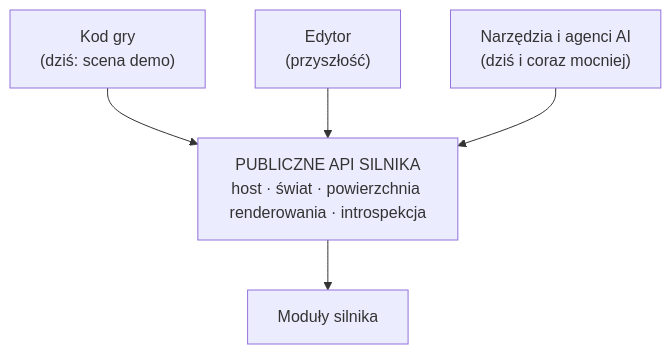
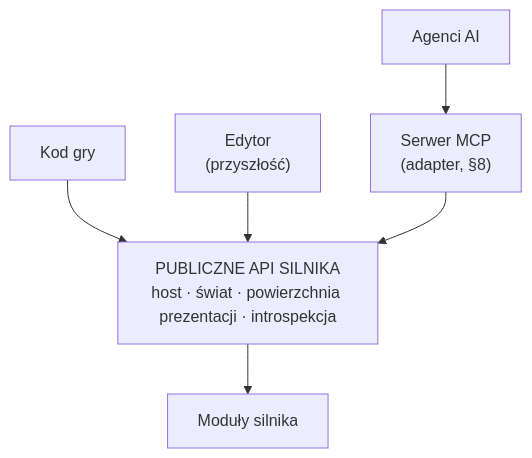
One commit to eXoz00rd/HEngine changed the first of 11 diagrams in docs/TARGET_ARCHITECTURE.md. Above: the diagram before and after it, drawn with Mermaid. The commit also changed other lines of this file and 1 other file, not shown here.

Commit message:
Refocus the target architecture document on the target state (#4)

````diff
--- a/docs/TARGET_ARCHITECTURE.md
+++ b/docs/TARGET_ARCHITECTURE.md
@@ -17,15 +92,18 @@
 ```mermaid
 flowchart TD
-    GAME["Kod gry<br/>(dziś: scena demo)"]
+    GAME["Kod gry"]
     EDITOR["Edytor<br/>(przyszłość)"]
-    AI["Narzędzia i agenci AI<br/>(dziś i coraz mocniej)"]
+    AI["Agenci AI"]
 
-    API["PUBLICZNE API SILNIKA<br/>host · świat · powierzchnia renderowania · introspekcja"]
+    MCP["Serwer MCP<br/>(adapter, §8)"]
+
+    API["PUBLICZNE API SILNIKA<br/>host · świat · powierzchnia prezentacji · introspekcja"]
 
     ENGINE["Moduły silnika"]
 
     GAME --> API
     EDITOR --> API
-    AI --> API
+    AI --> MCP
+    MCP --> API
     API --> ENGINE
 ```
````
